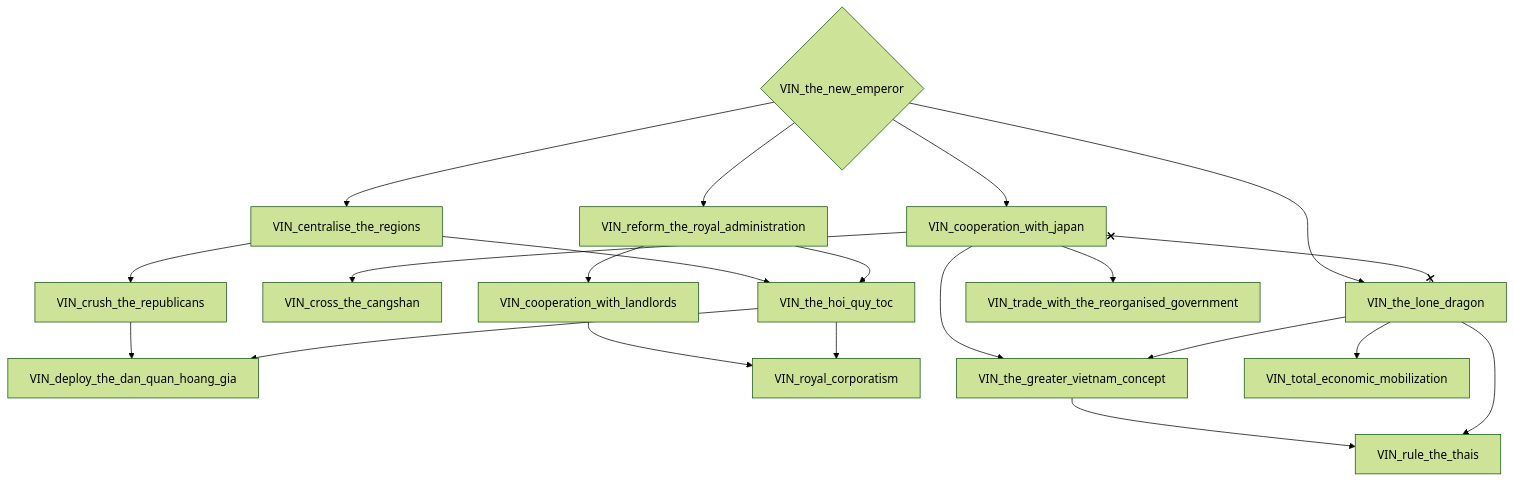
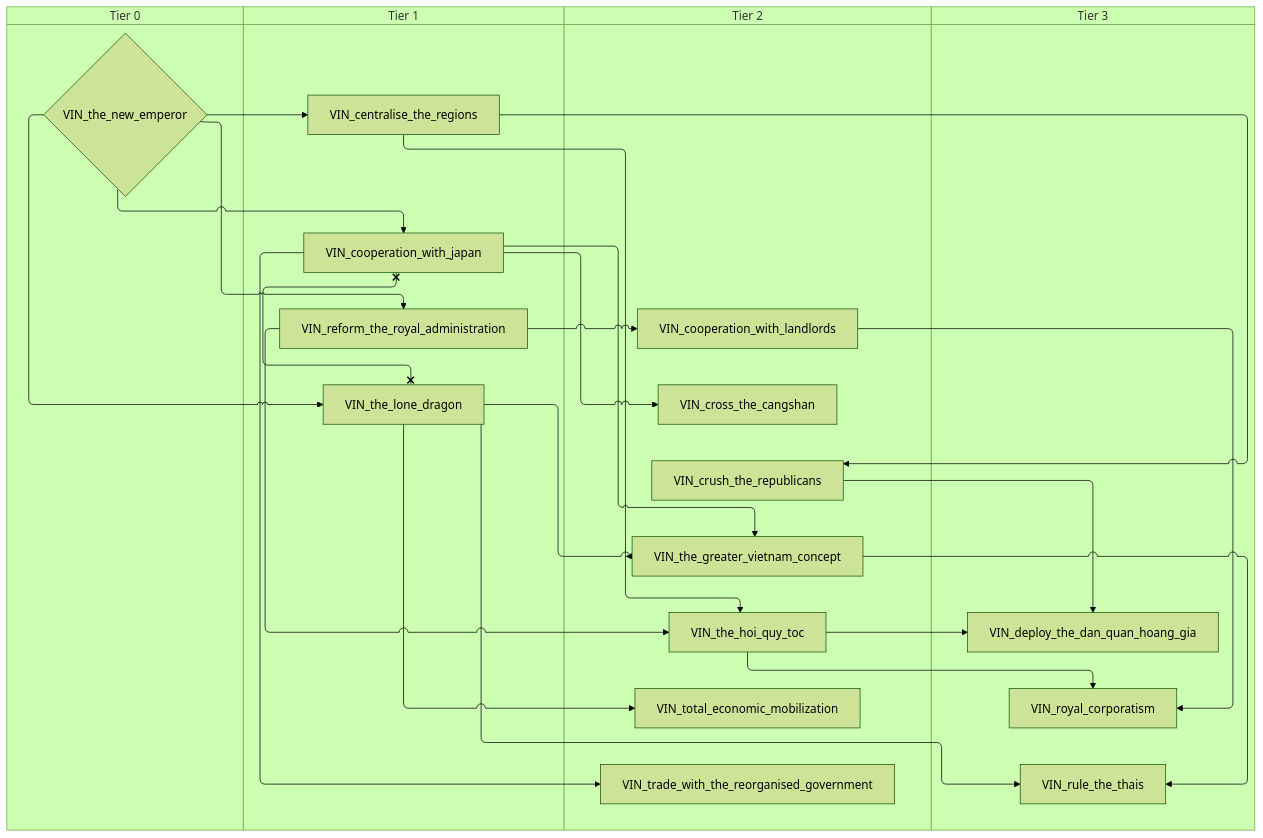
One commit to evgeny-sobol/hoi4-sandbox-mode-r56 changed the seventh of 8 diagrams in docs/gdd/National Focuses/Vietnam.md. Above: the diagram before and after it, drawn with Mermaid (forest theme). The commit also changed other lines of this file and 423 other files, not shown here.

First line of the commit message:
Re-export Rt56 focus trees as swimlane diagrams

````diff
--- a/docs/gdd/National Focuses/Vietnam.md
+++ b/docs/gdd/National Focuses/Vietnam.md
@@ -219,38 +283,46 @@
 ```mermaid
-flowchart TD
-    n79["VIN_centralise_the_regions"]
-    n80["VIN_cooperation_with_japan"]
-    n81["VIN_cooperation_with_landlords"]
-    n82["VIN_cross_the_cangshan"]
-    n83["VIN_crush_the_republicans"]
-    n84["VIN_deploy_the_dan_quan_hoang_gia"]
-    n85["VIN_reform_the_royal_administration"]
-    n86["VIN_royal_corporatism"]
-    n87["VIN_rule_the_thais"]
-    n88["VIN_the_greater_vietnam_concept"]
-    n89["VIN_the_hoi_quy_toc"]
-    n90["VIN_the_lone_dragon"]
-    n91{"VIN_the_new_emperor"}
-    n92["VIN_total_economic_mobilization"]
-    n93["VIN_trade_with_the_reorganised_government"]
-    n91 --> n79
-    n91 --> n80
-    n85 --> n81
-    n80 --> n82
+swimlane-beta TD
+    subgraph tier_0["Tier 0"]
+        n79{"VIN_the_new_emperor"}
+    end
+    subgraph tier_1["Tier 1"]
+        n80["VIN_centralise_the_regions"]
+        n81["VIN_cooperation_with_japan"]
+        n82["VIN_reform_the_royal_administration"]
+        n83["VIN_the_lone_dragon"]
+    end
+    subgraph tier_2["Tier 2"]
+        n84["VIN_cooperation_with_landlords"]
+        n85["VIN_cross_the_cangshan"]
+        n86["VIN_crush_the_republicans"]
+        n87["VIN_the_greater_vietnam_concept"]
+        n88["VIN_the_hoi_quy_toc"]
+        n89["VIN_total_economic_mobilization"]
+        n90["VIN_trade_with_the_reorganised_government"]
+    end
+    subgraph tier_3["Tier 3"]
+        n91["VIN_deploy_the_dan_quan_hoang_gia"]
+        n92["VIN_royal_corporatism"]
+        n93["VIN_rule_the_thais"]
+    end
+    n79 --> n80
+    n79 --> n81
+    n82 --> n84
+    n81 --> n85
+    n80 --> n86
+    n86 --> n91
+    n88 --> n91
+    n79 --> n82
+    n84 --> n92
+    n88 --> n92
+    n87 --> n93
+    n83 --> n93
+    n81 --> n87
+    n83 --> n87
+    n80 --> n88
+    n82 --> n88
     n79 --> n83
-    n83 --> n84
-    n89 --> n84
-    n91 --> n85
-    n81 --> n86
-    n89 --> n86
-    n88 --> n87
-    n90 --> n87
-    n80 --> n88
-    n90 --> n88
-    n79 --> n89
-    n85 --> n89
-    n91 --> n90
-    n90 --> n92
-    n80 --> n93
-    n80 x--x n90
+    n83 --> n89
+    n81 --> n90
+    n81 x--x n83
 ```
````
